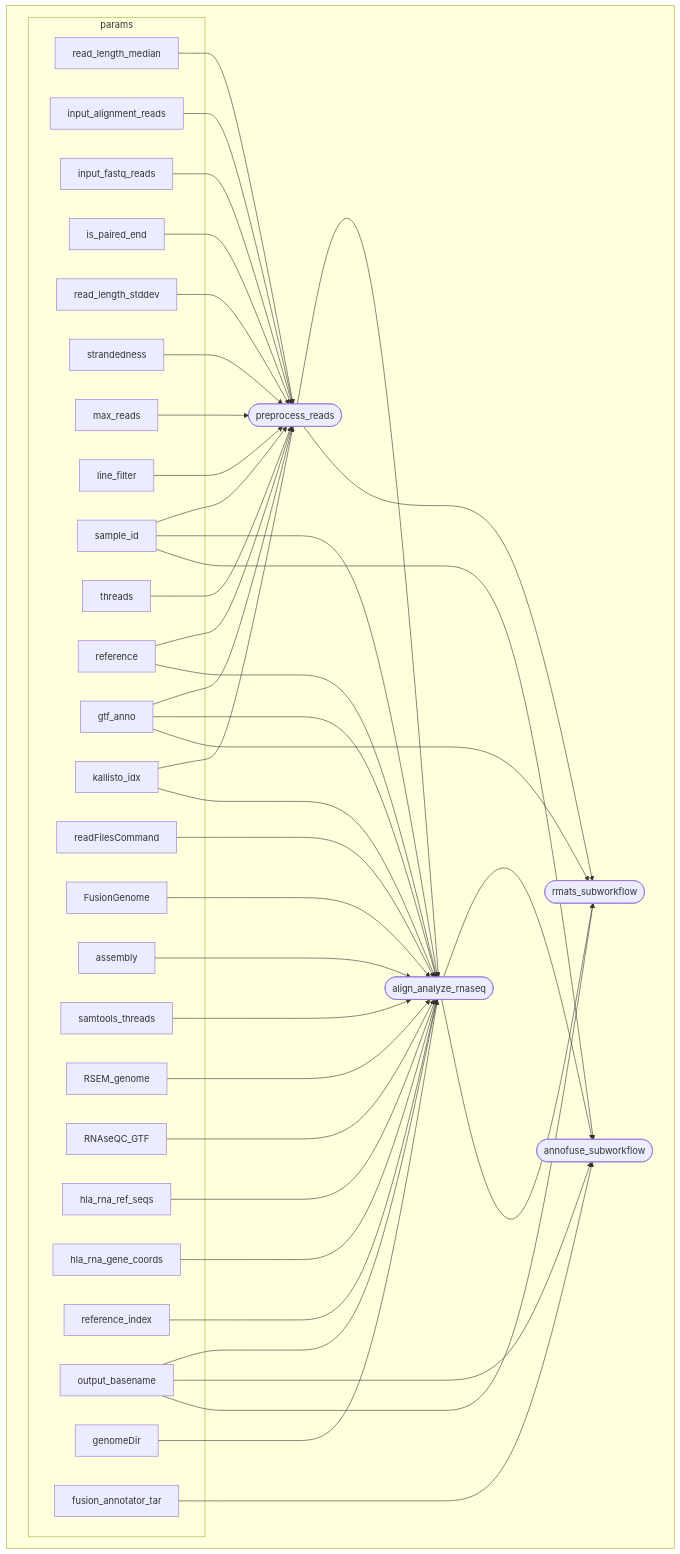
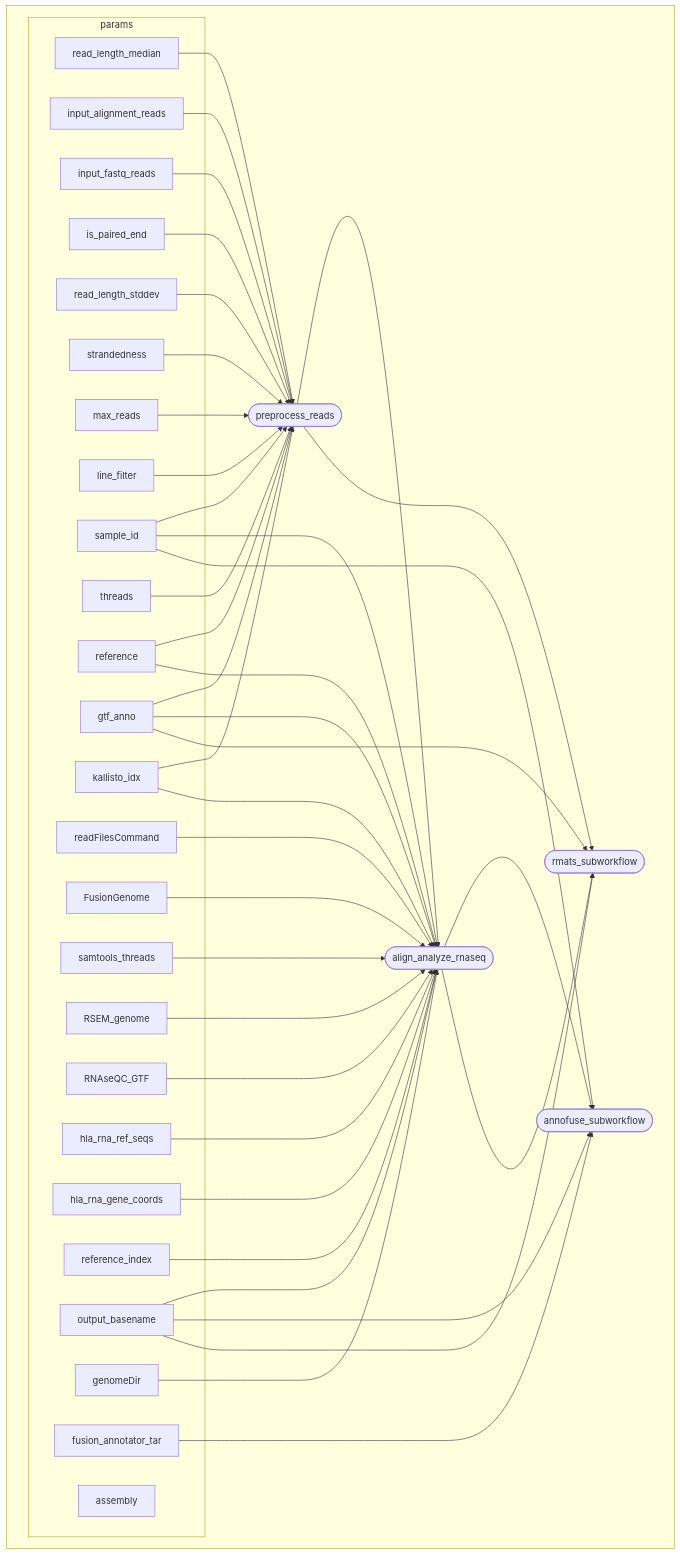
The diagram in README.md (kids-first/Kids-First-RNAseq-Nextflow), drawn with Mermaid before and after one commit. The commit also changed other lines of this file and 4 other files, not shown here.

````diff
--- a/README.md
+++ b/README.md
@@ -55,73 +55,72 @@
 ```mermaid
 flowchart TB
     subgraph " "
     subgraph params
     v6["read_length_median"]
     v16["sample_id"]
     v48["hla_rna_gene_coords"]
     v8["read_length_stddev"]
     v20["reference"]
     v2["input_fastq_reads"]
     v32["readFilesCommand"]
     v34["FusionGenome"]
     v38["assembly"]
     v24["output_basename"]
     v22["reference_index"]
     v18["threads"]
     v4["is_paired_end"]
     v44["RNAseQC_GTF"]
     v12["max_reads"]
     v14["line_filter"]
     v10["strandedness"]
     v30["genomeDir"]
     v46["hla_rna_ref_seqs"]
     v26["gtf_anno"]
     v40["samtools_threads"]
     v36["fusion_annotator_tar"]
     v28["kallisto_idx"]
     v42["RSEM_genome"]
     v0["input_alignment_reads"]
     end
     v50([preprocess_reads])
     v56([align_analyze_rnaseq])
     v57([annofuse_subworkflow])
     v58([rmats_subworkflow])
     v0 --> v50
     v2 --> v50
     v4 --> v50
     v6 --> v50
     v8 --> v50
     v10 --> v50
     v12 --> v50
     v14 --> v50
     v16 --> v50
     v18 --> v50
     v20 --> v50
     v26 --> v50
     v28 --> v50
     v32 --> v56
     v34 --> v56
-    v38 --> v56
     v40 --> v56
     v42 --> v56
     v44 --> v56
     v46 --> v56
     v16 --> v56
     v48 --> v56
     v50 --> v56
     v20 --> v56
     v22 --> v56
     v24 --> v56
     v26 --> v56
     v28 --> v56
     v30 --> v56
     v16 --> v57
     v36 --> v57
     v56 --> v57
     v24 --> v57
     v50 --> v58
     v56 --> v58
     v24 --> v58
     v26 --> v58
     end
 ```
````
